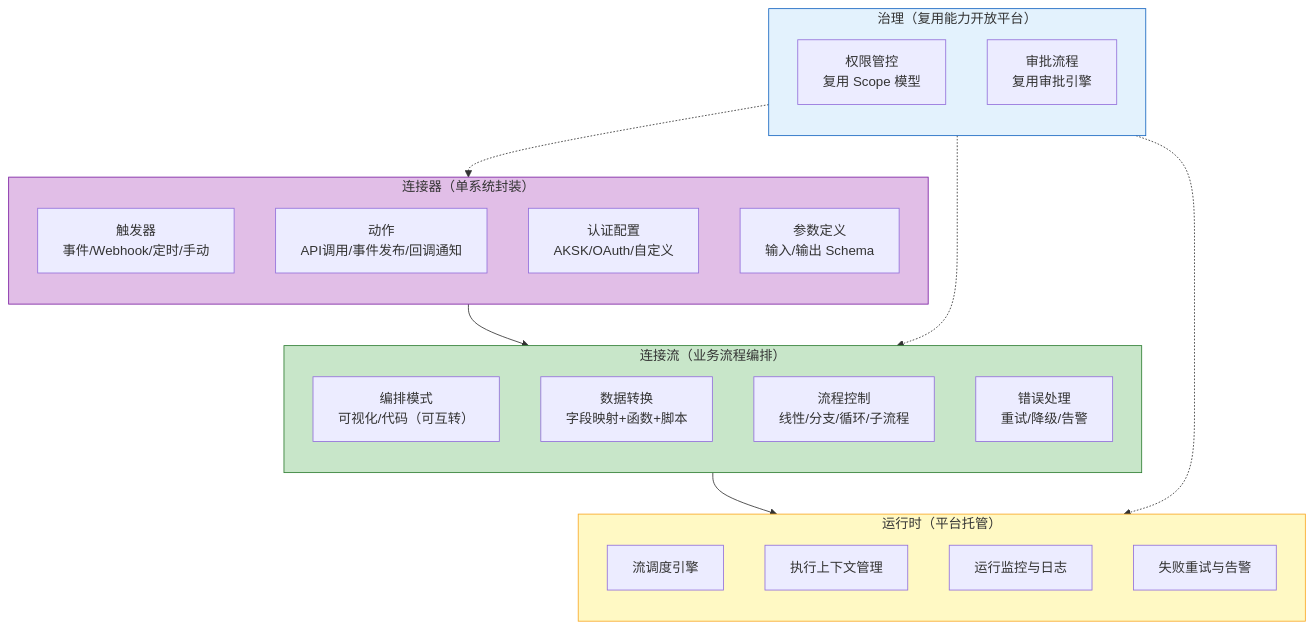
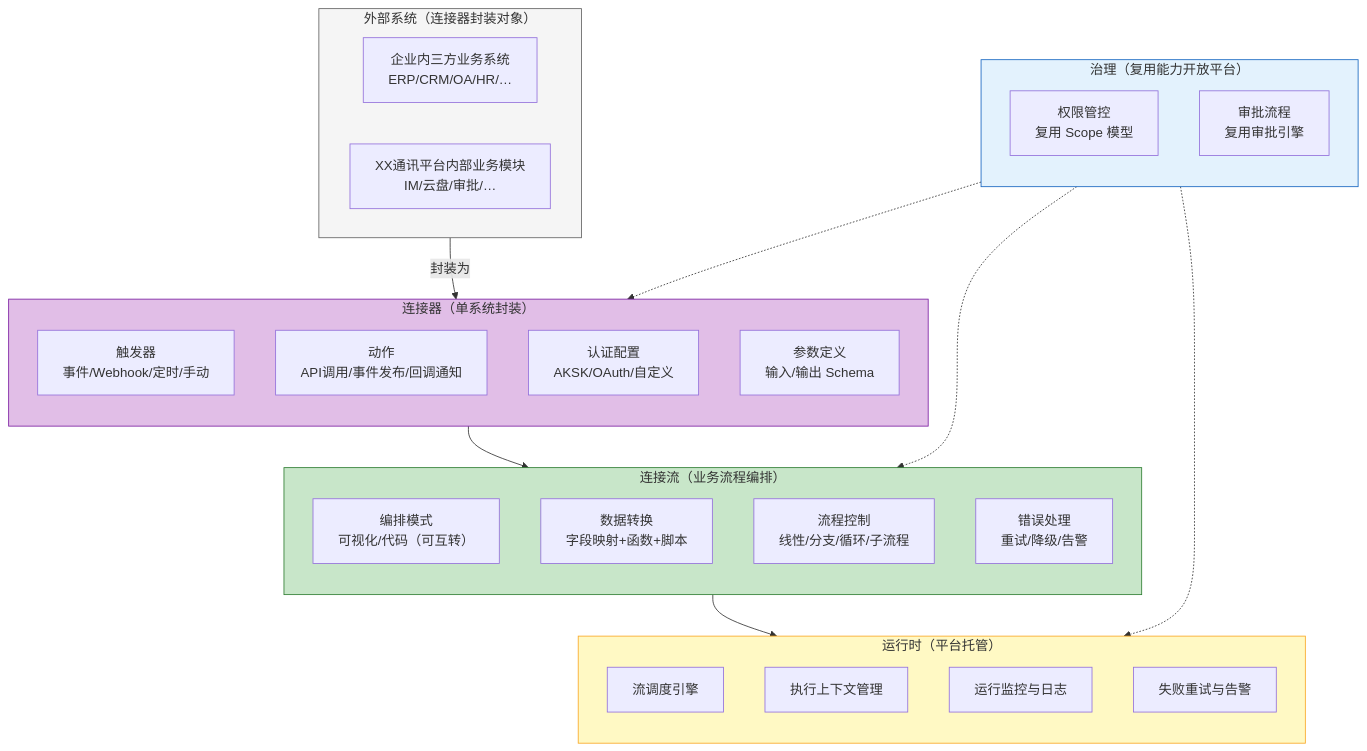
One commit to THZSummer/open-app changed the fourth of 10 diagrams in .sddu/specs-tree-root/specs-tree-connector-platform/discovery-report.md. Above: the diagram before and after it, drawn with Mermaid. The commit also changed other lines of this file, not shown here.

Commit message:
feat: 3.2核心概念模型图增加外部系统
在概念模型图顶部新增'外部系统'分组：
- 企业内三方业务系统（ERP/CRM/OA/HR/…）
- XX通讯平台内部业务模块（IM/云盘/审批/…）
通过'封装为'连线指向连接器，直观体现连接器的封装对象

````diff
--- a/.sddu/specs-tree-root/specs-tree-connector-platform/discovery-report.md
+++ b/.sddu/specs-tree-root/specs-tree-connector-platform/discovery-report.md
@@ -173,43 +173,51 @@
 ```mermaid
 flowchart TB
+    subgraph ExternalSystems["外部系统（连接器封装对象）"]
+        direction LR
+        Third["企业内三方业务系统<br/>ERP/CRM/OA/HR/…"]
+        Inner["XX通讯平台内部业务模块<br/>IM/云盘/审批/…"]
+    end
+    
     subgraph Connector["连接器（单系统封装）"]
         direction TB
         CT[触发器<br/>事件/Webhook/定时/手动]
         CA[动作<br/>API调用/事件发布/回调通知]
         CAuth[认证配置<br/>AKSK/OAuth/自定义]
         CSchema[参数定义<br/>输入/输出 Schema]
     end
     
     subgraph Flow["连接流（业务流程编排）"]
         direction TB
         FEdit[编排模式<br/>可视化/代码（可互转）]
         FTrans[数据转换<br/>字段映射+函数+脚本]
         FCtrl[流程控制<br/>线性/分支/循环/子流程]
         FError[错误处理<br/>重试/降级/告警]
     end
     
     subgraph Runtime["运行时（平台托管）"]
         direction TB
         RSchedule[流调度引擎]
         RExec[执行上下文管理]
         RMonitor[运行监控与日志]
         RRetry[失败重试与告警]
     end
     
     subgraph Governance["治理（复用能力开放平台）"]
         direction TB
         GPerm[权限管控<br/>复用 Scope 模型]
         GApproval[审批流程<br/>复用审批引擎]
     end
     
+    ExternalSystems -->|封装为| Connector
     Connector --> Flow
     Flow --> Runtime
     Governance -.-> Connector
     Governance -.-> Flow
     Governance -.-> Runtime
     
+    style ExternalSystems fill:#f5f5f5,stroke:#616161
     style Connector fill:#e1bee7,stroke:#7b1fa2
     style Flow fill:#c8e6c9,stroke:#2e7d32
     style Runtime fill:#fff9c4,stroke:#f9a825
     style Governance fill:#e3f2fd,stroke:#1565c0
 ```
````
